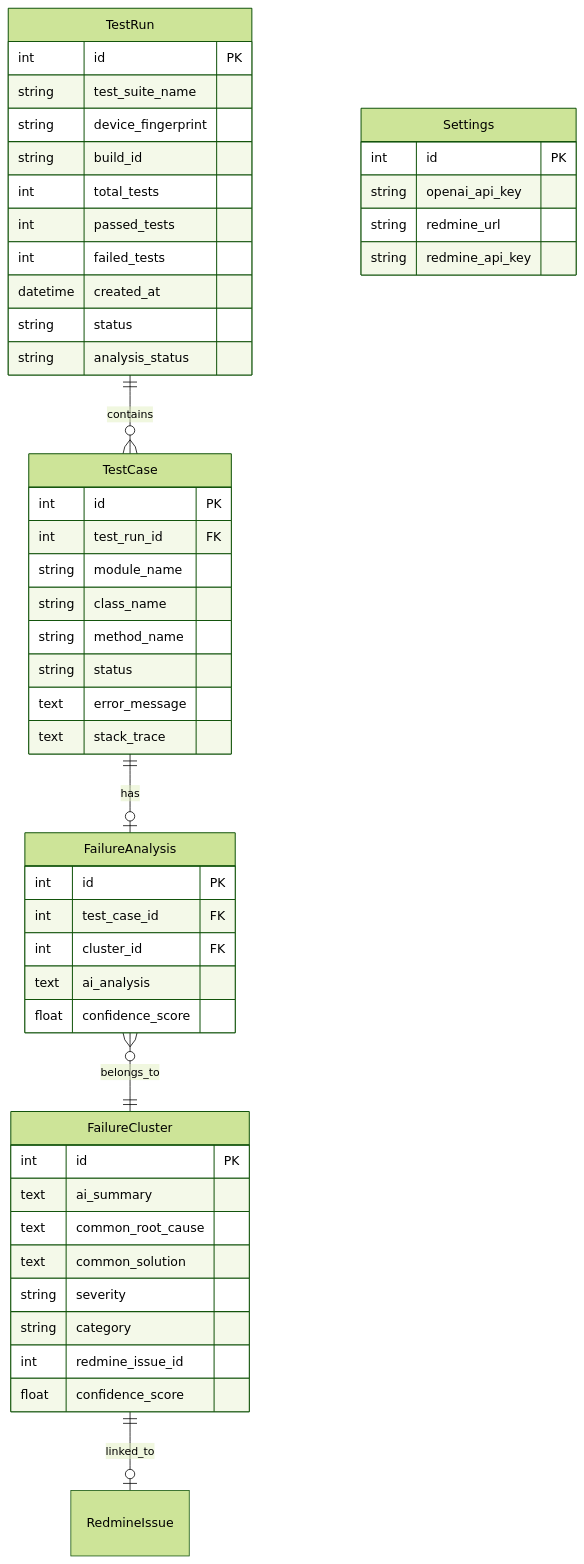
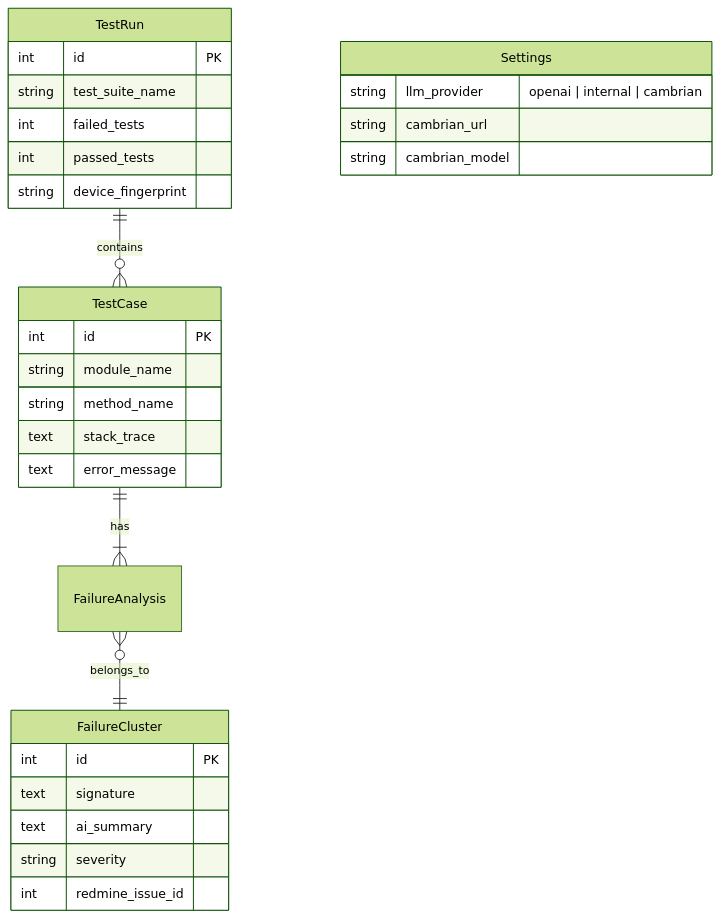
One commit to seen0722/GMS-helper changed the fifth of 5 diagrams in docs/ARCHITECTURE.md. Above: the diagram before and after it, drawn with Mermaid (forest theme). The commit also changed other lines of this file and 1 other file, not shown here.

Commit message:
docs: regenerate architecture and design documents

````diff
--- a/docs/ARCHITECTURE.md
+++ b/docs/ARCHITECTURE.md
@@ -181,57 +189,35 @@
 ```mermaid
 erDiagram
     TestRun ||--o{ TestCase : contains
-    TestCase ||--o| FailureAnalysis : has
+    TestCase ||--|{ FailureAnalysis : has
     FailureAnalysis }o--|| FailureCluster : belongs_to
-    FailureCluster ||--o| RedmineIssue : linked_to
+    Settings {
+        string llm_provider "openai | internal | cambrian"
+        string cambrian_url
+        string cambrian_model
+    }
     
     TestRun {
         int id PK
         string test_suite_name
+        int failed_tests
+        int passed_tests
         string device_fingerprint
-        string build_id
-        int total_tests
-        int passed_tests
-        int failed_tests
-        datetime created_at
-        string status
-        string analysis_status
     }
     
     TestCase {
         int id PK
-        int test_run_id FK
         string module_name
-        string class_name
         string method_name
-        string status
+        text stack_trace
         text error_message
-        text stack_trace
-    }
-    
-    FailureAnalysis {
-        int id PK
-        int test_case_id FK
-        int cluster_id FK
-        text ai_analysis
-        float confidence_score
     }
     
     FailureCluster {
         int id PK
+        text signature
         text ai_summary
-        text common_root_cause
-        text common_solution
         string severity
-        string category
         int redmine_issue_id
-        float confidence_score
-    }
-    
-    Settings {
-        int id PK
-        string openai_api_key
-        string redmine_url
-        string redmine_api_key
     }
 ```
````
